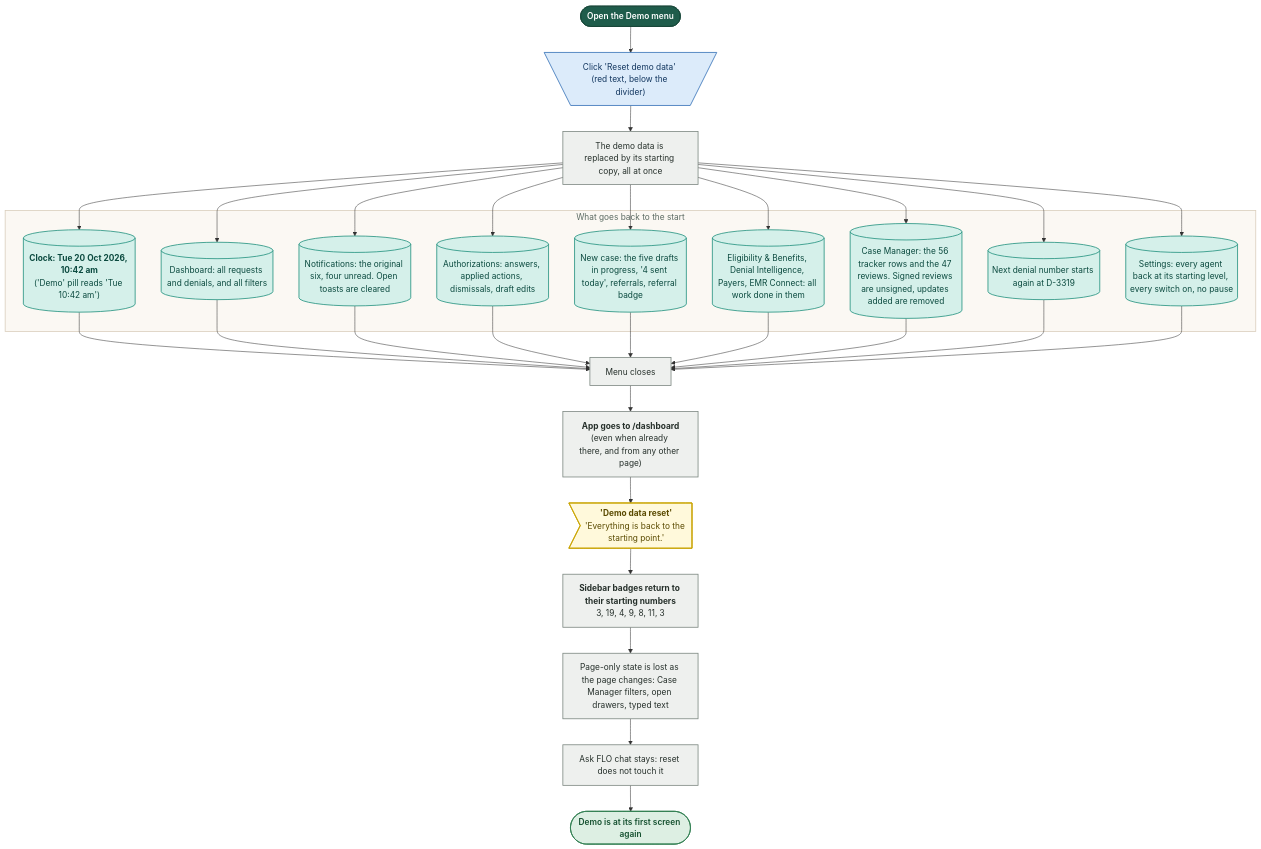
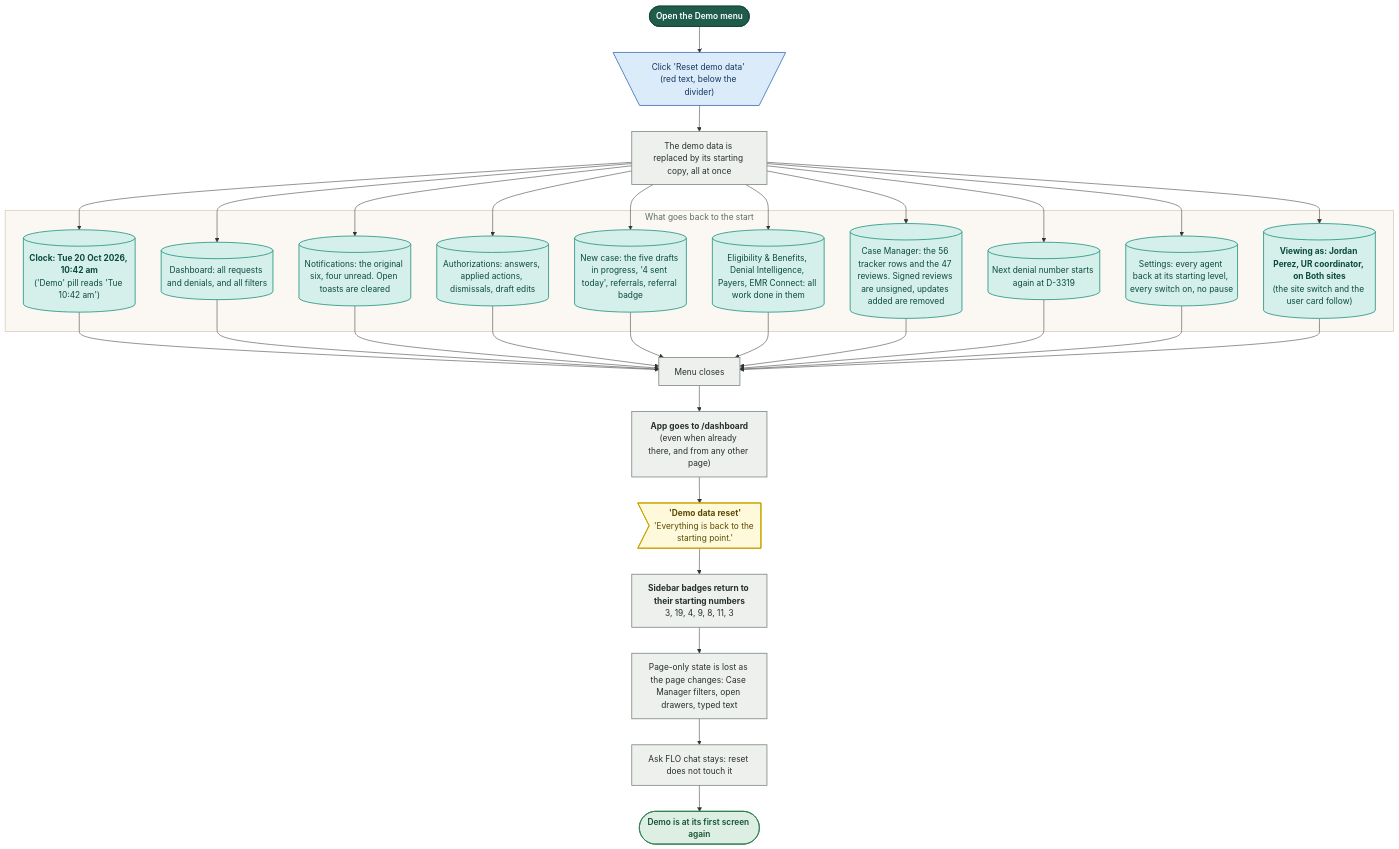
One commit to Shrav143/psyfloapp changed diagram 14 of 18 in demos/prior-auth-demo/workflows/out/md/01-global-shell.md. Above: the diagram before and after it, drawn with Mermaid. The commit also changed other lines of this file and 251 other files, not shown here.

First line of the commit message:
docs: rebuild the workflow diagrams (291) for round 4

````diff
--- a/demos/prior-auth-demo/workflows/out/md/01-global-shell.md
+++ b/demos/prior-auth-demo/workflows/out/md/01-global-shell.md
@@ -1003,52 +1095,53 @@
 ```mermaid
 %%{init: {"theme":"base","themeVariables":{"fontFamily":"'DM Sans', 'Segoe UI', system-ui, sans-serif","fontSize":"15px","lineColor":"#5B6B63","primaryTextColor":"#1C2B25","clusterBkg":"#FBF8F3","clusterBorder":"#D9CDBB","edgeLabelBackground":"#FFFFFF"},"flowchart":{"curve":"basis","nodeSpacing":36,"rankSpacing":48,"padding":12,"htmlLabels":true,"useMaxWidth":false,"wrappingWidth":230}} }%%
 flowchart TD
   classDef k_start fill:#1F5C4B,stroke:#174638,color:#FFFFFF,stroke-width:1.5px,font-weight:600
   classDef k_end fill:#DDEFE3,stroke:#2E7D4F,color:#14502F,stroke-width:1.5px,font-weight:600
   classDef k_endx fill:#FBE3E0,stroke:#C0392B,color:#7A1F16,stroke-width:1.5px,font-weight:600
   classDef k_screen fill:#FFFDF8,stroke:#1F5C4B,color:#1C2B25,stroke-width:2px
   classDef k_overlay fill:#F1F7F3,stroke:#1F5C4B,color:#1C2B25,stroke-width:2px,stroke-dasharray:5 3
   classDef k_click fill:#DCEBFA,stroke:#2F6DB5,color:#12365F,stroke-width:1.5px
   classDef k_input fill:#E4E7FF,stroke:#4C5FD5,color:#1D2670,stroke-width:1.5px
   classDef k_process fill:#EEF0EE,stroke:#7A857F,color:#26302B,stroke-width:1.5px
   classDef k_agent fill:#EEE5FA,stroke:#7A4FC2,color:#341A63,stroke-width:1.5px
   classDef k_decision fill:#FFF0CC,stroke:#D9962B,color:#5C3B00,stroke-width:1.5px
   classDef k_store fill:#D5F0EA,stroke:#1C8E7B,color:#0B4A3F,stroke-width:1.5px
   classDef k_doc fill:#F6E9DC,stroke:#B07A4C,color:#4A2E14,stroke-width:1.5px
   classDef k_ext fill:#FFE6D2,stroke:#E07B39,color:#6B2F06,stroke-width:1.5px
   classDef k_wait fill:#E4E8EE,stroke:#6B7C93,color:#26303D,stroke-width:1.5px
   classDef k_toast fill:#FFF9DB,stroke:#C9A400,color:#5A4A00,stroke-width:1.5px
   classDef k_goto fill:#FFFFFF,stroke:#1F5C4B,color:#1F5C4B,stroke-width:1.5px,stroke-dasharray:5 3
   s1@{ shape: stadium, label: "Open the Demo menu" }
   c1@{ shape: trap-t, label: "Click 'Reset demo data' (red text, below the divider)" }
   p1@{ shape: rect, label: "The demo data is replaced by its starting copy, all at once" }
   subgraph gR ["What goes back to the start"]
   r1@{ shape: cyl, label: "<b>Clock: Tue 20 Oct 2026, 10:42 am</b><br/>('Demo' pill reads 'Tue 10:42 am')" }
   r2@{ shape: cyl, label: "Dashboard: all requests and denials, and all filters" }
   r3@{ shape: cyl, label: "Notifications: the original six, four unread. Open toasts are cleared" }
   r4@{ shape: cyl, label: "Authorizations: answers, applied actions, dismissals, draft edits" }
   r5@{ shape: cyl, label: "New case: the five drafts in progress, '4 sent today', referrals, referral badge" }
   r6@{ shape: cyl, label: "Eligibility & Benefits, Denial Intelligence, Payers, EMR Connect: all work done in them" }
   r9@{ shape: cyl, label: "Settings: every agent back at its starting level, every switch on, no pause" }
+  r10@{ shape: cyl, label: "<b>Viewing as: Jordan Perez, UR coordinator, on Both sites</b><br/>(the site switch and the user card follow)" }
   r7@{ shape: cyl, label: "Case Manager: the 56 tracker rows and the 47 reviews. Signed reviews are unsigned, updates added are removed" }
   r8@{ shape: cyl, label: "Next denial number starts again at D-3319" }
   end
   p2@{ shape: rect, label: "Menu closes" }
   p3@{ shape: rect, label: "<b>App goes to /dashboard</b><br/>(even when already there, and from any other page)" }
   t1@{ shape: odd, label: "<b>'Demo data reset'</b><br/>'Everything is back to the starting point.'" }
   p4@{ shape: rect, label: "<b>Sidebar badges return to their starting numbers</b><br/>3, 19, 4, 9, 8, 11, 3" }
   p5@{ shape: rect, label: "Page-only state is lost as the page changes: Case Manager filters, open drawers, typed text" }
   p6@{ shape: rect, label: "Ask FLO chat stays: reset does not touch it" }
   e1@{ shape: stadium, label: "Demo is at its first screen again" }
   s1 --> c1 --> p1
-  p1 --> r1 & r2 & r3 & r4 & r5 & r6 & r7 & r8 & r9
-  r1 & r2 & r3 & r4 & r5 & r6 & r7 & r8 & r9 --> p2
+  p1 --> r1 & r2 & r3 & r4 & r5 & r6 & r7 & r8 & r9 & r10
+  r1 & r2 & r3 & r4 & r5 & r6 & r7 & r8 & r9 & r10 --> p2
   p2 --> p3 --> t1 --> p4 --> p5 --> p6 --> e1
   class s1 k_start
   class c1 k_click
   class p1,p2,p3,p4,p5,p6 k_process
-  class r1,r2,r3,r4,r5,r6,r9,r7,r8 k_store
+  class r1,r2,r3,r4,r5,r6,r9,r10,r7,r8 k_store
   class t1 k_toast
   class e1 k_end
   style gR fill:#FBF8F3,stroke:#D9CDBB,stroke-width:1.5px,color:#5B6B63
 ```
````
